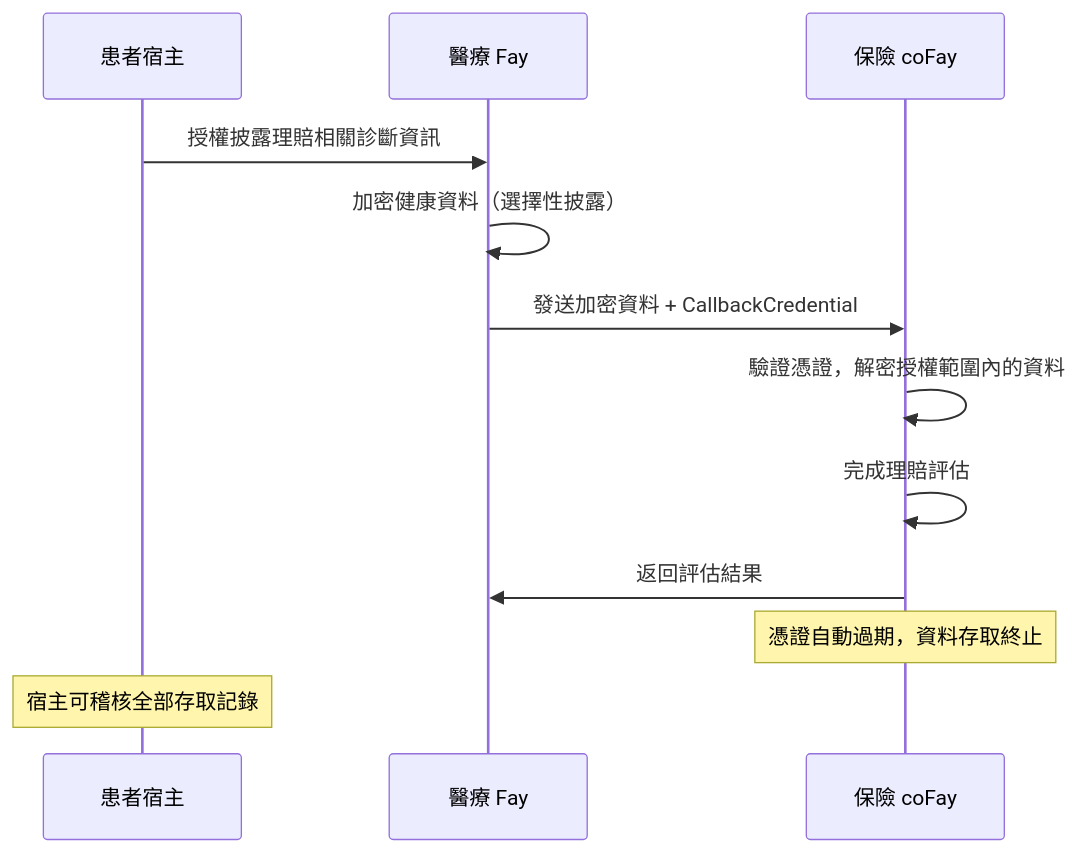
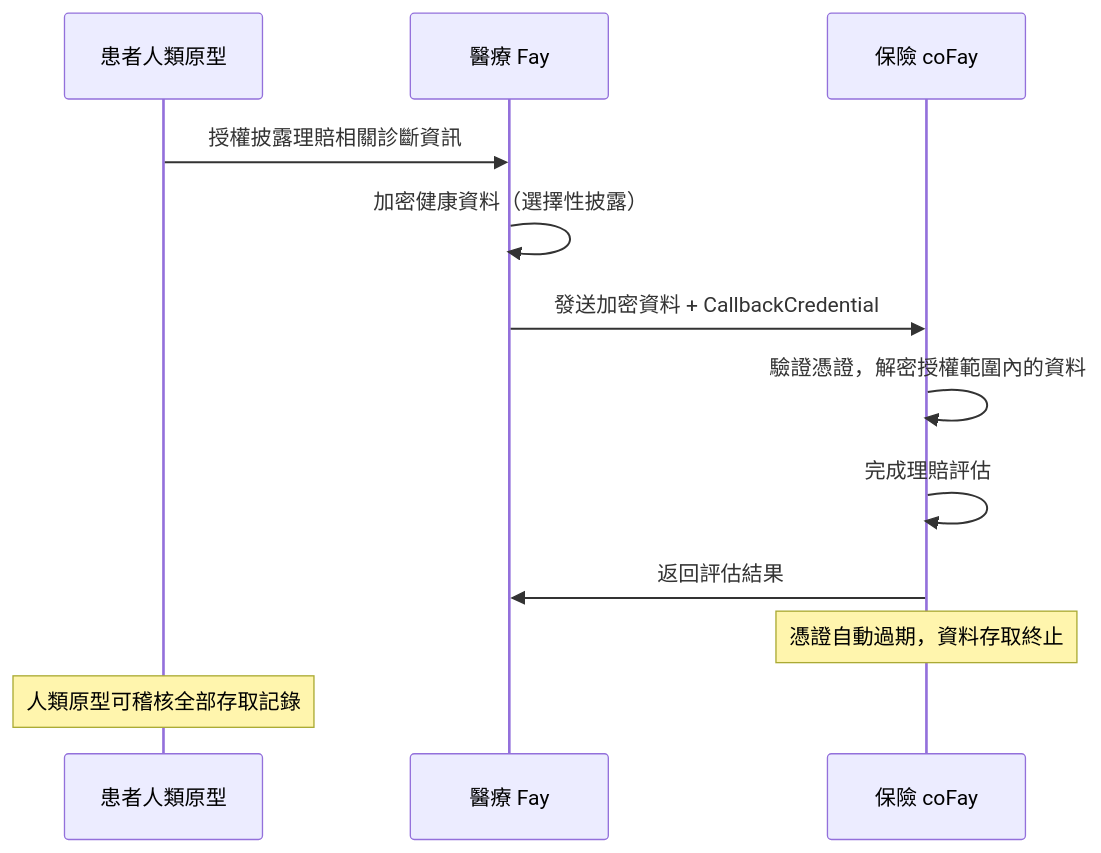
One commit to ChainModePilot/Telepathy-Protocol changed the first of 5 diagrams in docs/zh-TW/blueprint/4-應用場景.md. Above: the diagram before and after it, drawn with Mermaid. The commit also changed other lines of this file and 68 other files, not shown here.

````diff
--- a/docs/zh-TW/blueprint/4-應用場景.md
+++ b/docs/zh-TW/blueprint/4-應用場景.md
@@ -19,15 +19,15 @@
 ```mermaid
 sequenceDiagram
-    participant H as 患者宿主
+    participant H as 患者人類原型
     participant MF as 醫療 Fay
     participant IF as 保險 coFay
 
     H->>MF: 授權披露理賠相關診斷資訊
     MF->>MF: 加密健康資料（選擇性披露）
     MF->>IF: 發送加密資料 + CallbackCredential
     IF->>IF: 驗證憑證，解密授權範圍內的資料
     IF->>IF: 完成理賠評估
     IF->>MF: 返回評估結果
     Note over IF: 憑證自動過期，資料存取終止
-    Note over H: 宿主可稽核全部存取記錄
+    Note over H: 人類原型可稽核全部存取記錄
 ```
````
